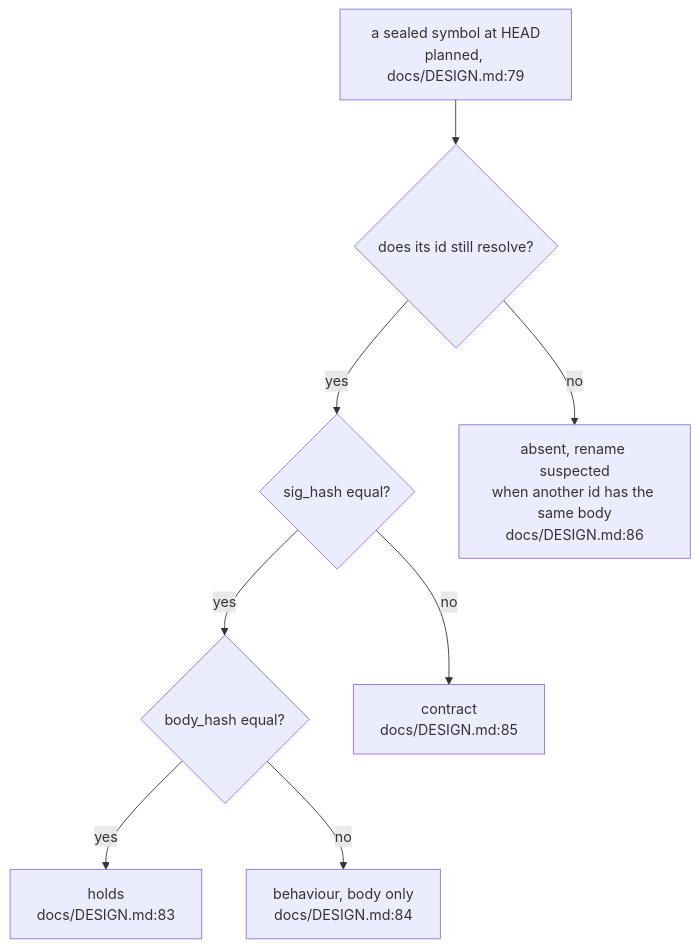
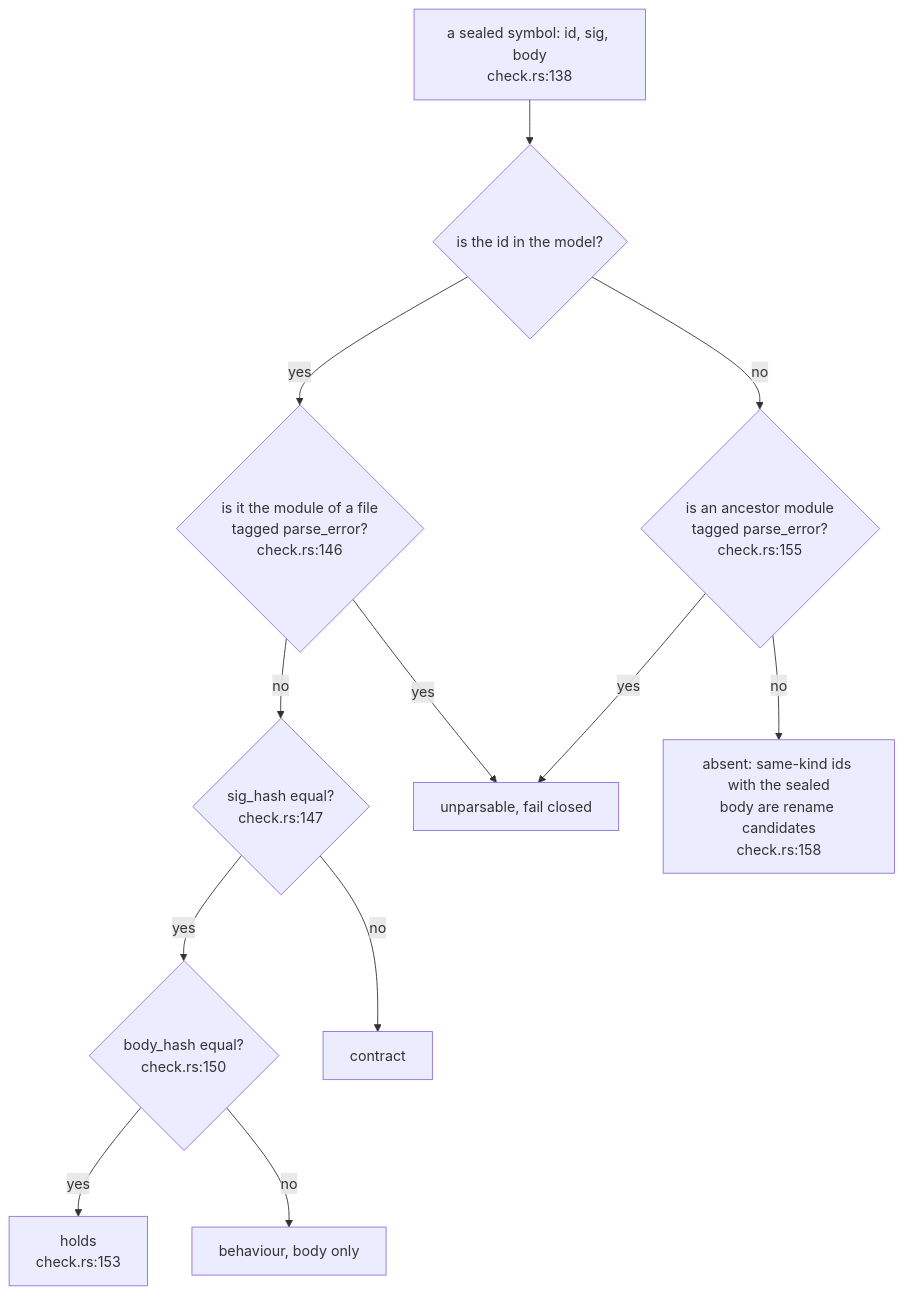
Before and after one commit to DreamLab-AI/codemaid: the fifth of 5 diagrams in docs/diagrams/model/02-content-hashes-and-fingerprints.md, drawn with Mermaid. The commit also changed other lines of this file and 22 other files, not shown here.

First line of the commit message:
docs(diagrams): COR-04 and COR-05 for the seal surface; re-stamp every topic at ae478d9

````diff
--- a/docs/diagrams/model/02-content-hashes-and-fingerprints.md
+++ b/docs/diagrams/model/02-content-hashes-and-fingerprints.md
@@ -194,18 +195,25 @@
 ```mermaid
 flowchart TB
-    S["a sealed symbol at HEAD<br/>planned, docs/DESIGN.md:79"]
-    R{"does its id still resolve?"}
-    SG{"sig_hash equal?"}
-    BD{"body_hash equal?"}
-    HOLDS["holds<br/>docs/DESIGN.md:83"]
-    BEH["behaviour, body only<br/>docs/DESIGN.md:84"]
-    CON["contract<br/>docs/DESIGN.md:85"]
-    ABS["absent, rename suspected<br/>when another id has the same body<br/>docs/DESIGN.md:86"]
+    S["a sealed symbol: id, sig, body<br/>check.rs:138"]
+    R{"is the id in the model?"}
+    PU{"is it the module of a file<br/>tagged parse_error?<br/>check.rs:146"}
+    SG{"sig_hash equal?<br/>check.rs:147"}
+    BD{"body_hash equal?<br/>check.rs:150"}
+    AU{"is an ancestor module<br/>tagged parse_error?<br/>check.rs:155"}
+    UNP["unparsable, fail closed"]
+    HOLDS["holds<br/>check.rs:153"]
+    BEH["behaviour, body only"]
+    CON["contract"]
+    ABS["absent: same-kind ids with the sealed<br/>body are rename candidates<br/>check.rs:158"]
     S --> R
-    R -->|no| ABS
-    R -->|yes| SG
+    R -->|yes| PU
+    PU -->|yes| UNP
+    PU -->|no| SG
     SG -->|no| CON
     SG -->|yes| BD
     BD -->|yes| HOLDS
     BD -->|no| BEH
+    R -->|no| AU
+    AU -->|yes| UNP
+    AU -->|no| ABS
 ```
````
